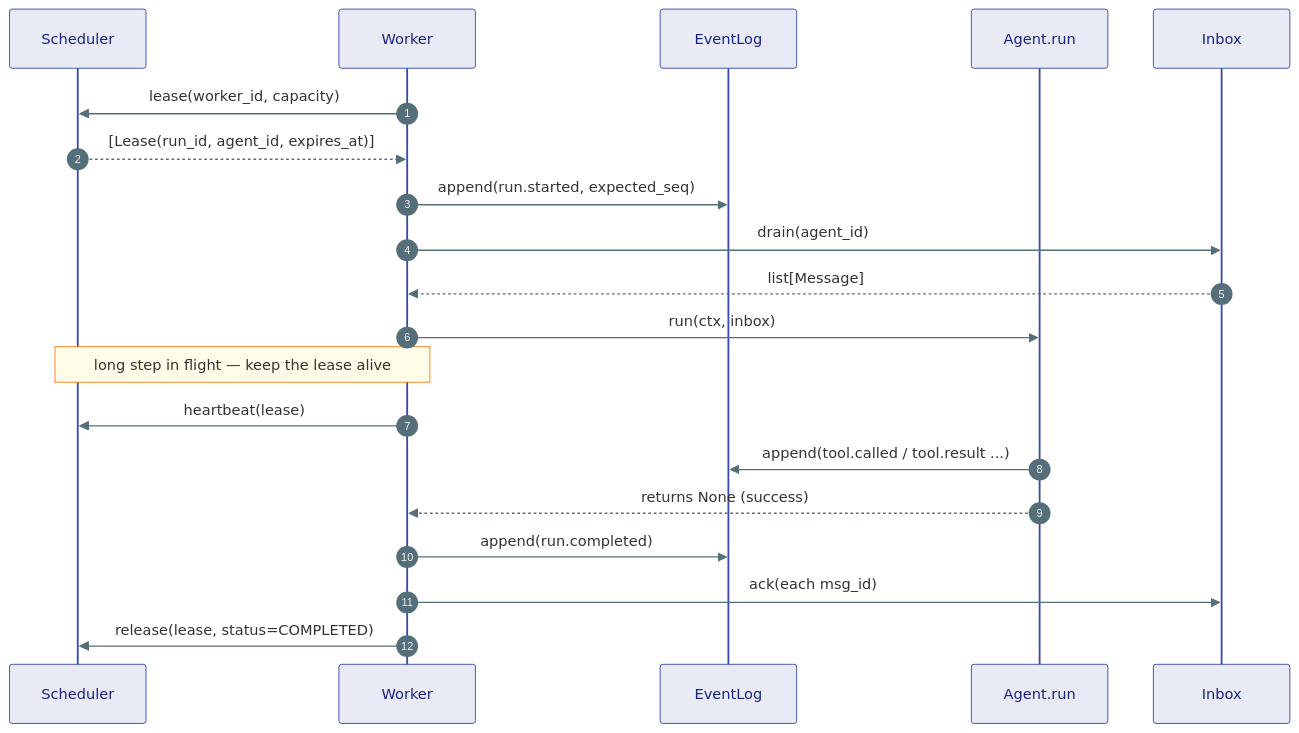
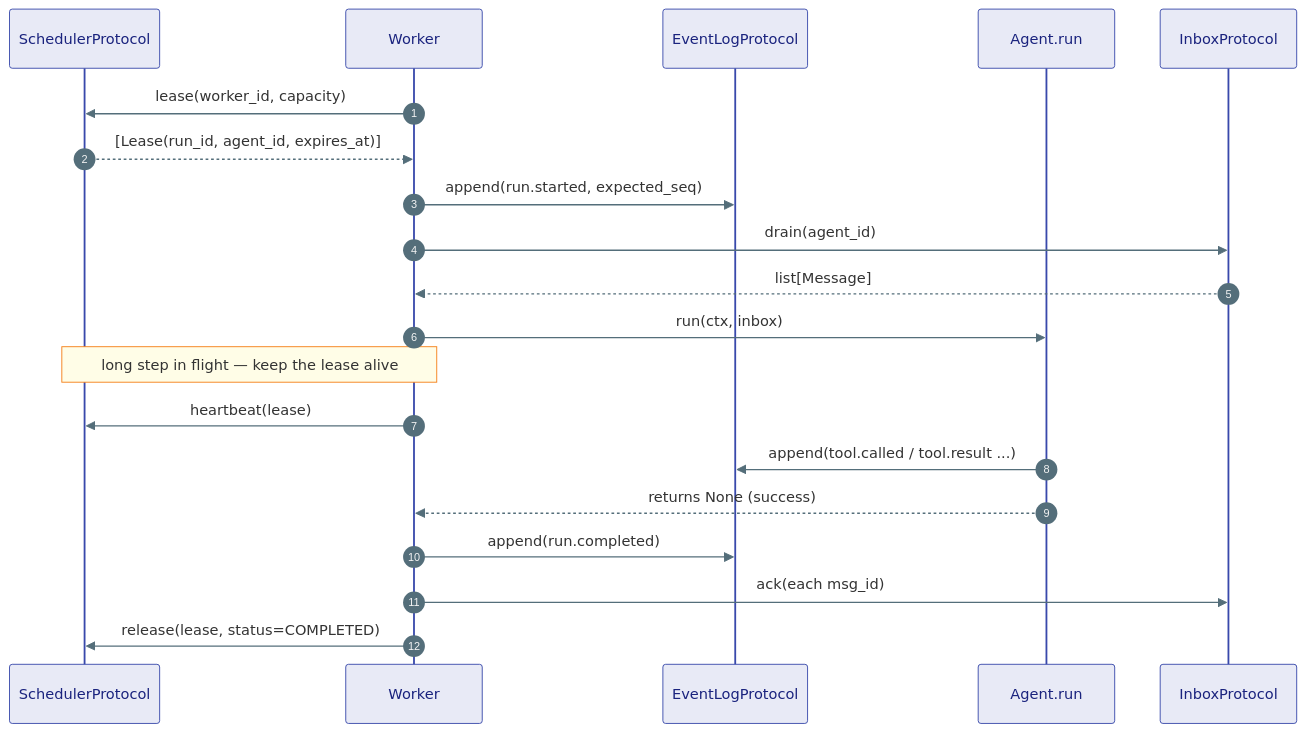
The fifth of 6 diagrams in agents/agent-substrate/docs/kernel/07-runtime.md (Ravikumarchavva/agent-substrate), drawn with Mermaid before and after one commit. The commit also changed other lines of this file and 133 other files, not shown here.

First line of the commit message:
Refactor EventLog and related components to EventLogProtocol; update tests accordingly

````diff
--- a/agents/agent-substrate/docs/kernel/07-runtime.md
+++ b/agents/agent-substrate/docs/kernel/07-runtime.md
@@ -501,24 +501,24 @@
 ```mermaid
 %%{init: {'theme': 'base', 'themeVariables': {'actorBkg': '#E8EAF6','actorBorder': '#3949AB','actorTextColor': '#1A237E','noteBkgColor': '#FFFDE7','noteBorderColor': '#F57F17','signalColor': '#546E7A','fontSize': '12px'}}}%%
 sequenceDiagram
     autonumber
-    participant SCH as Scheduler
+    participant SCH as SchedulerProtocol
     participant WK as Worker
-    participant EL as EventLog
+    participant EL as EventLogProtocol
     participant AG as Agent.run
-    participant INB as Inbox
+    participant INB as InboxProtocol
 
     WK->>SCH: lease(worker_id, capacity)
     SCH-->>WK: [Lease(run_id, agent_id, expires_at)]
     WK->>EL: append(run.started, expected_seq)
     WK->>INB: drain(agent_id)
     INB-->>WK: list[Message]
     WK->>AG: run(ctx, inbox)
     Note over WK,SCH: long step in flight — keep the lease alive
     WK->>SCH: heartbeat(lease)
     AG->>EL: append(tool.called / tool.result ...)
     AG-->>WK: returns None (success)
     WK->>EL: append(run.completed)
     WK->>INB: ack(each msg_id)
     WK->>SCH: release(lease, status=COMPLETED)
 ```
````
